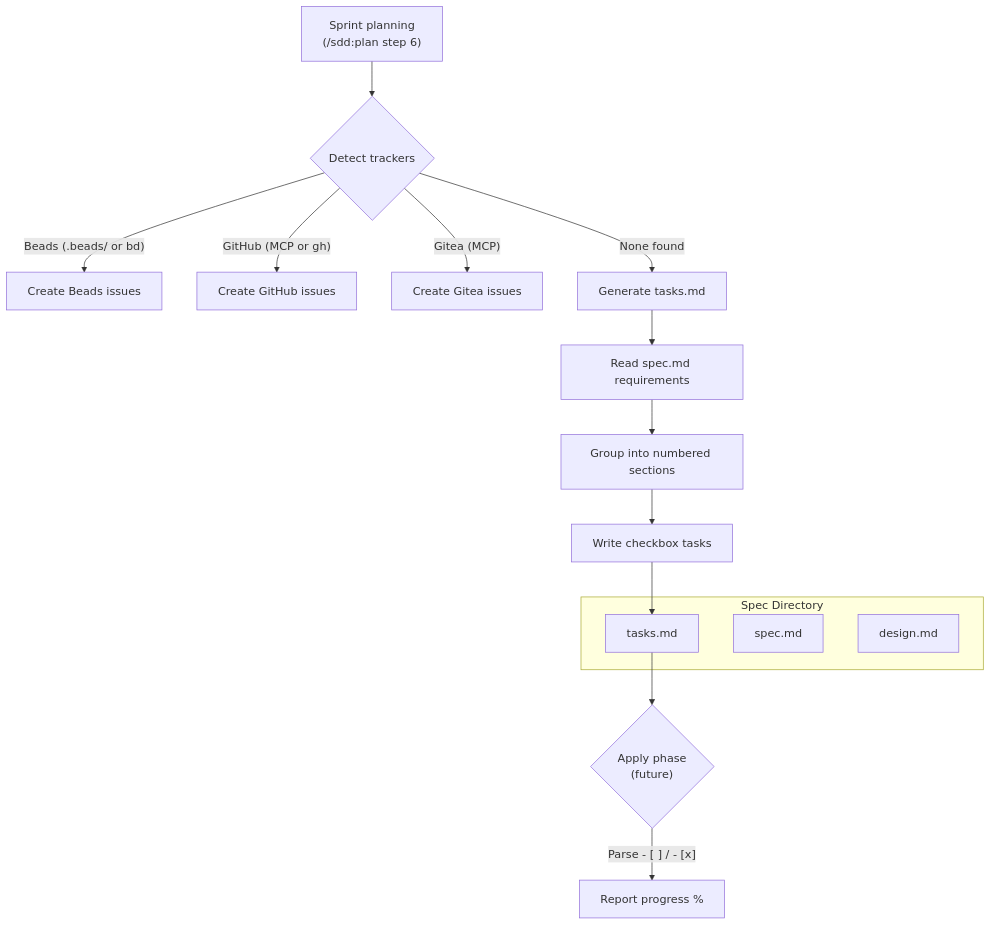
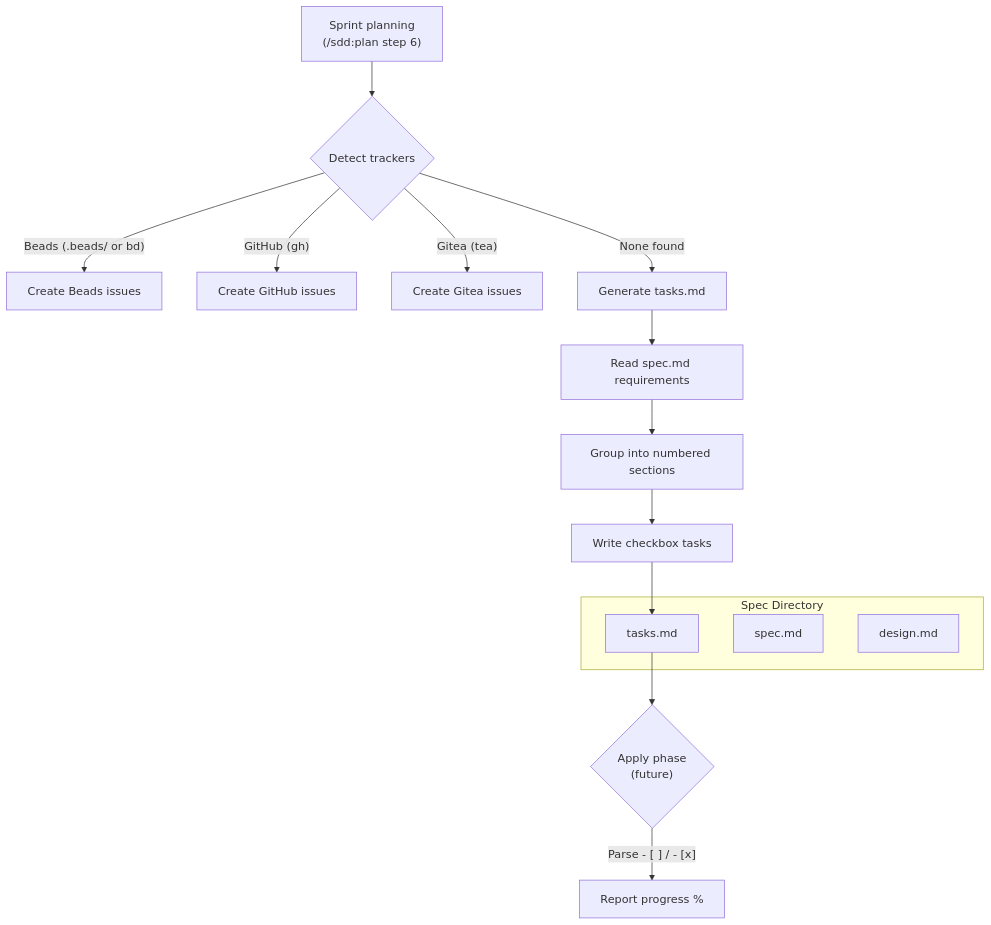
The diagram in docs/openspec/specs/tasks-md-fallback/design.md (joestump/claude-plugin-sdd), drawn with Mermaid before and after one commit. The commit also changed 19 other files, not shown here.

First line of the commit message:
feat(skills): reach Gitea through tea and GitHub through gh, not MCP (#261)

````diff
--- a/docs/openspec/specs/tasks-md-fallback/design.md
+++ b/docs/openspec/specs/tasks-md-fallback/design.md
@@ -50,23 +50,23 @@
 ```mermaid
 flowchart TD
     A["Sprint planning<br/>(/sdd:plan step 6)"] --> B{"Detect trackers"}
 
     B -->|"Beads (.beads/ or bd)"| C["Create Beads issues"]
-    B -->|"GitHub (MCP or gh)"| D["Create GitHub issues"]
-    B -->|"Gitea (MCP)"| E["Create Gitea issues"]
+    B -->|"GitHub (gh)"| D["Create GitHub issues"]
+    B -->|"Gitea (tea)"| E["Create Gitea issues"]
     B -->|"None found"| F["Generate tasks.md"]
 
     F --> G["Read spec.md requirements"]
     G --> H["Group into numbered sections"]
     H --> I["Write checkbox tasks"]
     I --> J["docs/openspec/specs/{name}/tasks.md"]
 
     subgraph "Spec Directory"
         K["spec.md"]
         L["design.md"]
         J["tasks.md"]
     end
 
     J --> M{"Apply phase<br/>(future)"}
     M -->|"Parse - [ ] / - [x]"| N["Report progress %"]
 ```
````
